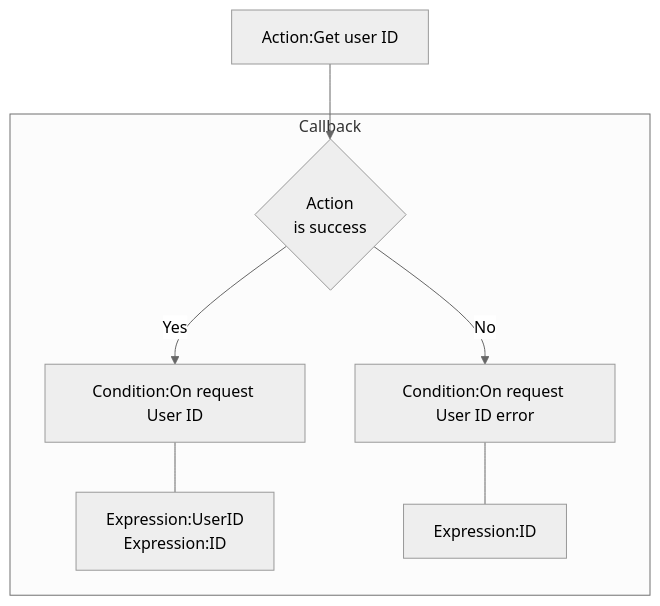
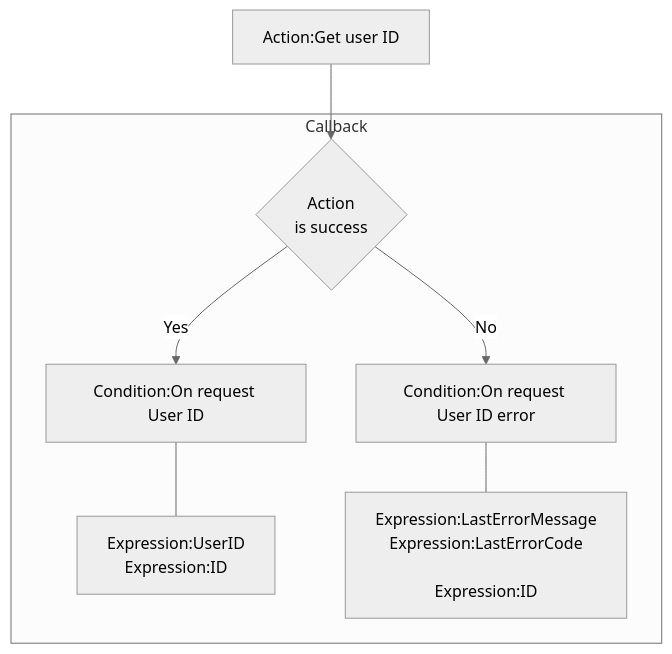
Before and after one commit to rexrainbow/C2RexDoc: the second of 4 diagrams in plugins.md/rex_firebase_userid2id.md, drawn with Mermaid (neutral theme). The commit also changed other lines of this file and 10 other files, not shown here.

````diff
--- a/plugins.md/rex_firebase_userid2id.md
+++ b/plugins.md/rex_firebase_userid2id.md
@@ -69,12 +71,12 @@
 ```mermaid
 graph TB
 
 ActCreateAccount["Action:Get user ID"] --> ActionIsSuccess
 
 subgraph Callback
 ActionIsSuccess{Action<br>is success} --> |Yes| CondOnSuccess["Condition:On request User ID"]
 CondOnSuccess --- ExpResult["Expression:UserID<br>Expression:ID"]
 ActionIsSuccess --> |No| CondOnError["Condition:On request User ID error"]
-CondOnError --- ExpError["Expression:ID"]
+CondOnError --- ExpError["Expression:LastErrorMessage<br>Expression:LastErrorCode<br> <br>Expression:ID"]
 end
 ```
````
